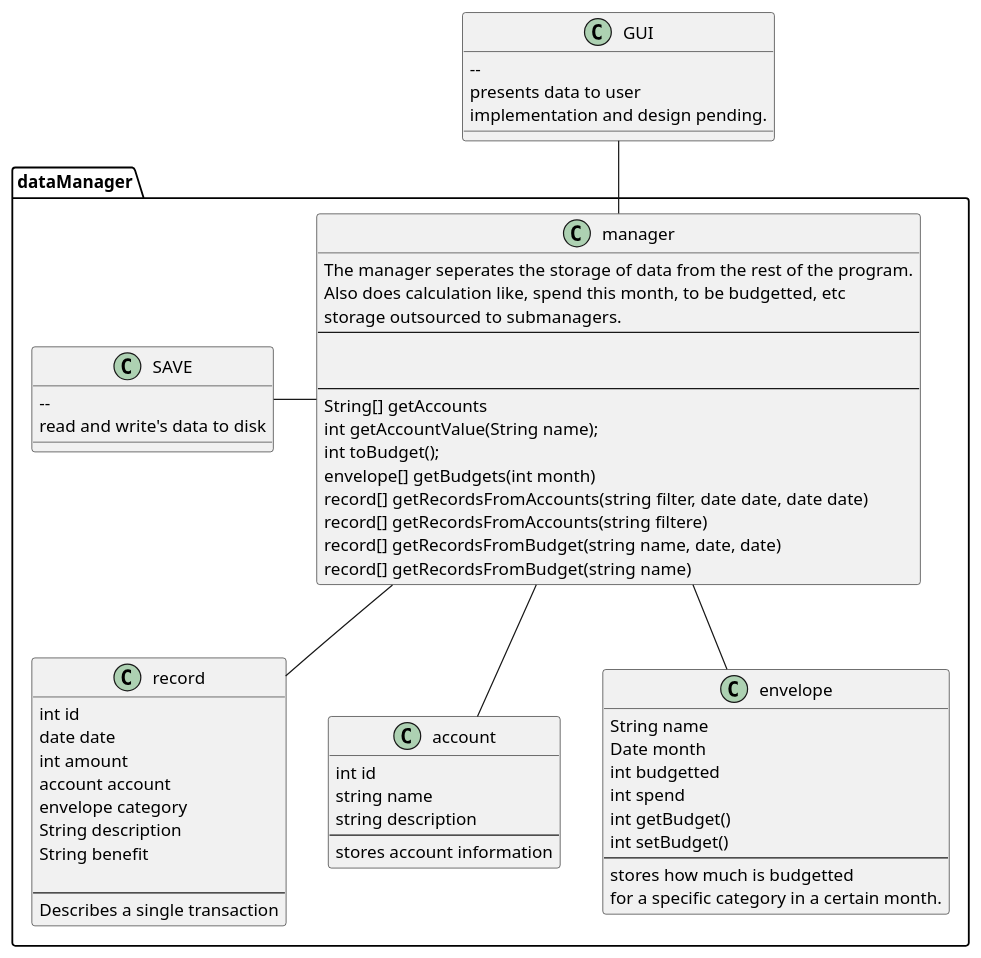
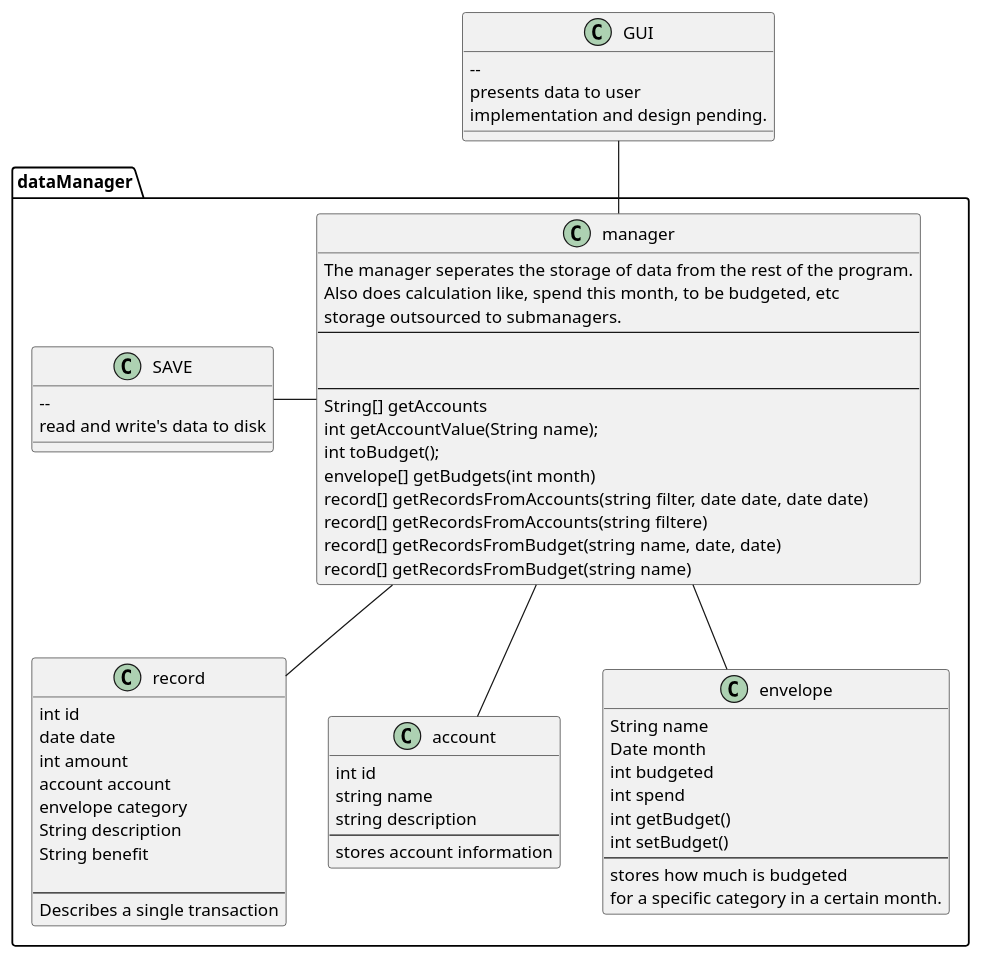
One commit to gorgabal/EnvelopeBudget changed the diagram in doc/envelopeBudget.plantuml. Above: the diagram before and after it, drawn with PlantUML. The commit also changed 2 other files, not shown here.

Commit message:
Fix type 'budgetted' to 'budgeted'

```diff
--- a/doc/envelopeBudget.plantuml
+++ b/doc/envelopeBudget.plantuml
@@ -1,80 +1,80 @@
 @startuml
 package dataManager{
 
 
     class manager{
     The manager seperates the storage of data from the rest of the program.
-    Also does calculation like, spend this month, to be budgetted, etc
+    Also does calculation like, spend this month, to be budgeted, etc
     storage outsourced to submanagers.
     ----
 
 
     ----
     String[] getAccounts
     int getAccountValue(String name);
     int toBudget();
     envelope[] getBudgets(int month)
     record[] getRecordsFromAccounts(string filter, date date, date date)
     record[] getRecordsFromAccounts(string filtere)
     record[] getRecordsFromBudget(string name, date, date)
     record[] getRecordsFromBudget(string name)
     }
 
     class record{
       int id
       date date
       int amount
       account account
       envelope category
       String description
       String benefit
 
       --
       Describes a single transaction
     }
 
 
 
     class account {
       int id
       string name
       string description
       --
       stores account information
     }
 
 
     class envelope{
       String name
       Date month
-      int budgetted
+      int budgeted
       int spend
       int getBudget()
       int setBudget()
       --
-      stores how much is budgetted
+      stores how much is budgeted
       for a specific category in a certain month.
     }
     class SAVE{
 
     --
     read and write's data to disk
     }
 }
 
 
 class GUI{
 
     --
     presents data to user
     implementation and design pending.
     }
 
 
 
 GUI -- manager
 SAVE - manager
 manager -- account
 manager -- envelope
 manager -- record
 @enduml
```
